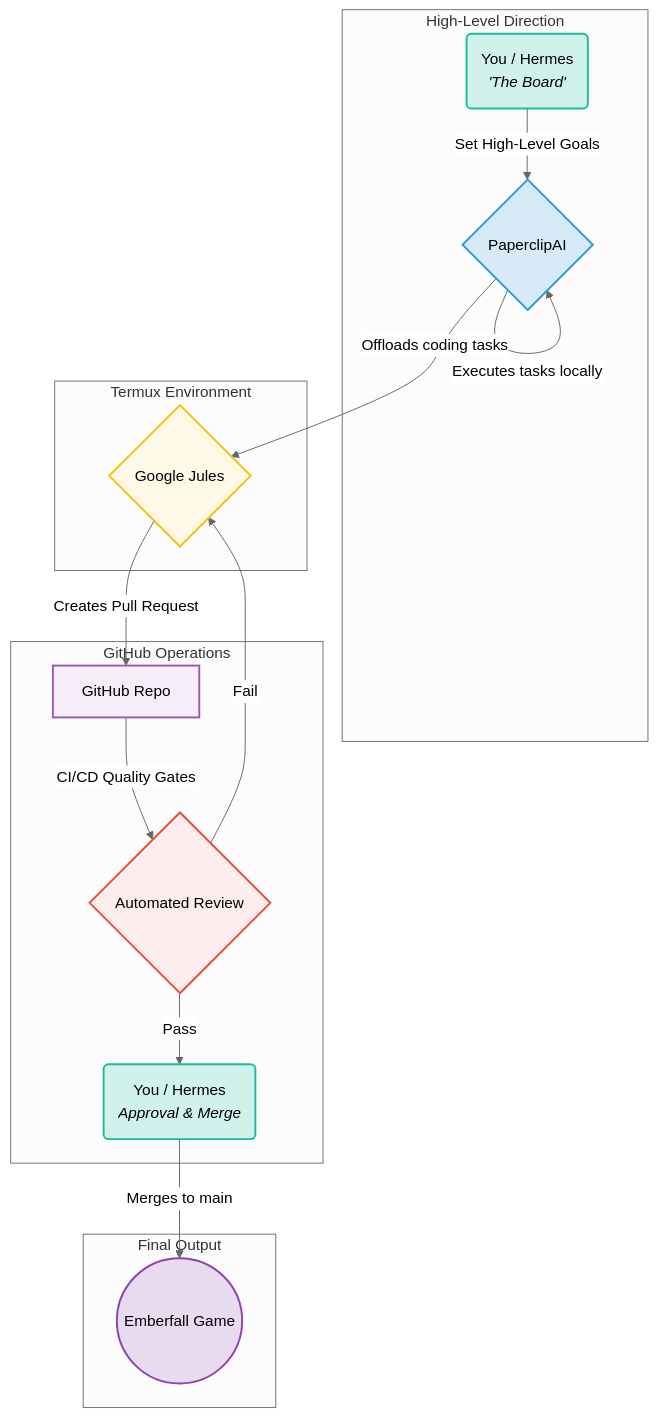
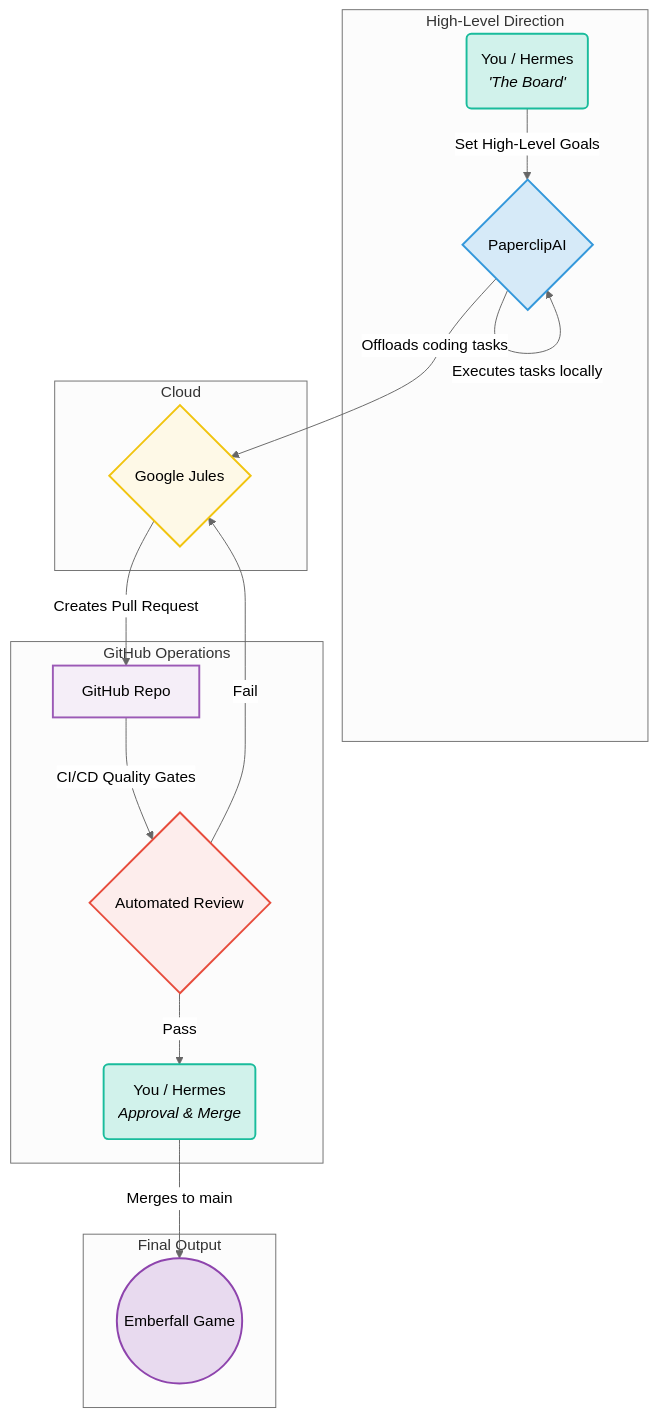
One commit to niyazmft/emberfall changed the diagram in README.md. Above: the diagram before and after it, drawn with Mermaid (neutral theme).

Commit message:
update chart

````diff
--- a/README.md
+++ b/README.md
@@ -9,30 +9,30 @@
 ```mermaid
 graph TD
     subgraph "High-Level Direction"
         A(You / Hermes <br><i>'The Board'</i>) -- "Set High-Level Goals" --> B{PaperclipAI};
     end
 
-    subgraph "Termux Environment"
+    subgraph "Cloud"
         B -- "Executes tasks locally" --> B;
         B -- "Offloads coding tasks" --> C{Google Jules};
     end
 
     subgraph "GitHub Operations"
         C -- "Creates Pull Request" --> D[GitHub Repo];
         D -- "CI/CD Quality Gates" --> E{Automated Review};
         E -- "Pass" --> F(You / Hermes <br><i>Approval & Merge</i>);
         E -- "Fail" --> C;
     end
     
     subgraph "Final Output"
         F -- "Merges to main" --> G((Emberfall Game));
     end
 
     style A fill:#D1F2EB,stroke:#1ABC9C,stroke-width:2px
     style B fill:#D6EAF8,stroke:#3498DB,stroke-width:2px
     style C fill:#FEF9E7,stroke:#F1C40F,stroke-width:2px
     style D fill:#F5EEF8,stroke:#9B59B6,stroke-width:2px
     style E fill:#FDEDEC,stroke:#E74C3C,stroke-width:2px
     style F fill:#D1F2EB,stroke:#1ABC9C,stroke-width:2px
     style G fill:#E8DAEF,stroke:#8E44AD,stroke-width:2px
 ```
````
